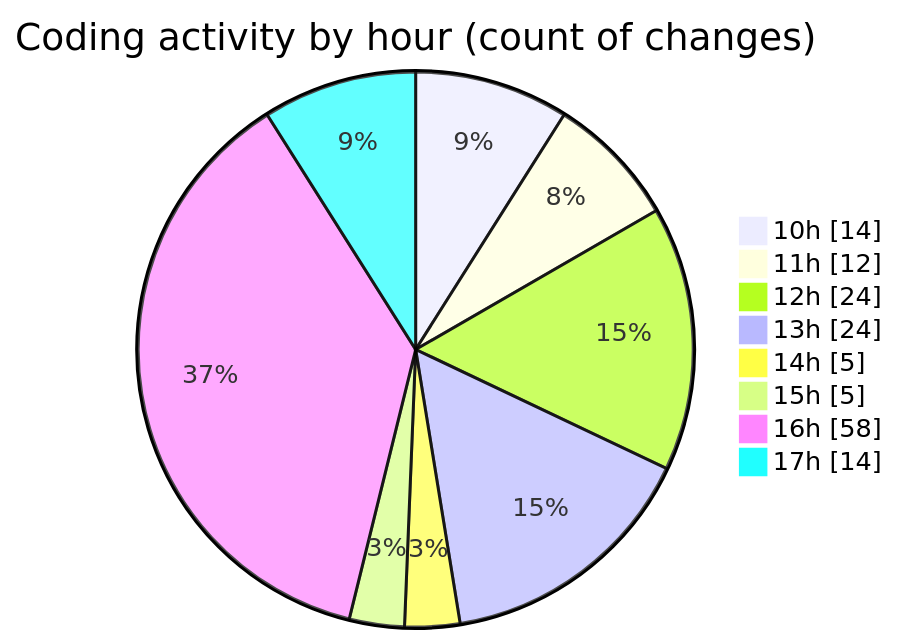
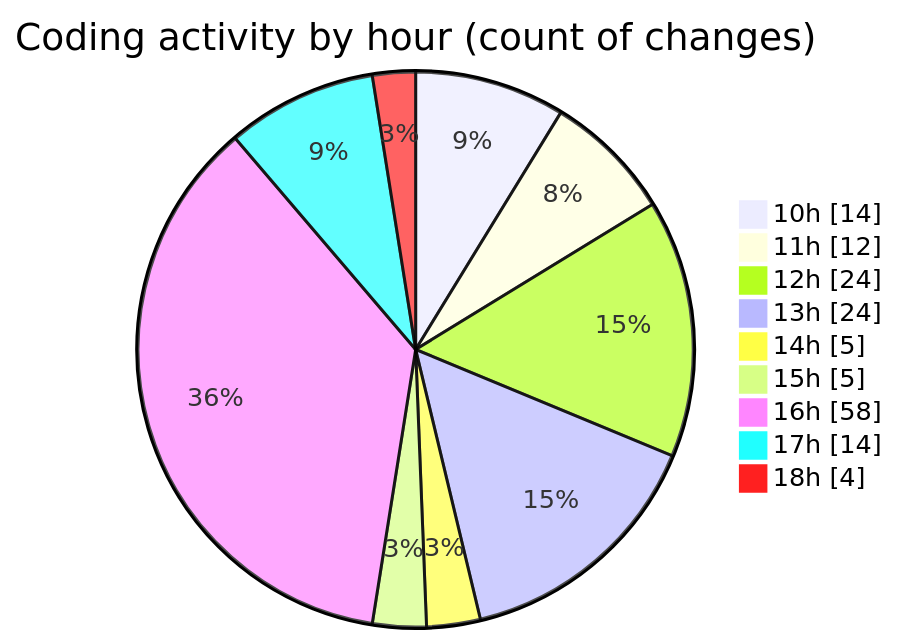
Before and after one commit to momahboobian/code-tracking: the second of 2 diagrams in 2025-09-29/cda/README.md, drawn with Mermaid. The commit also changed other lines of this file and 1 other file, not shown here.

````diff
--- a/2025-09-29/cda/README.md
+++ b/2025-09-29/cda/README.md
@@ -64,12 +65,13 @@
 ```mermaid
 pie showData
 title Coding activity by hour (count of changes)
 "10h" : 14
 "11h" : 12
 "12h" : 24
 "13h" : 24
 "14h" : 5
 "15h" : 5
 "16h" : 58
 "17h" : 14
+"18h" : 4
 ```
````
